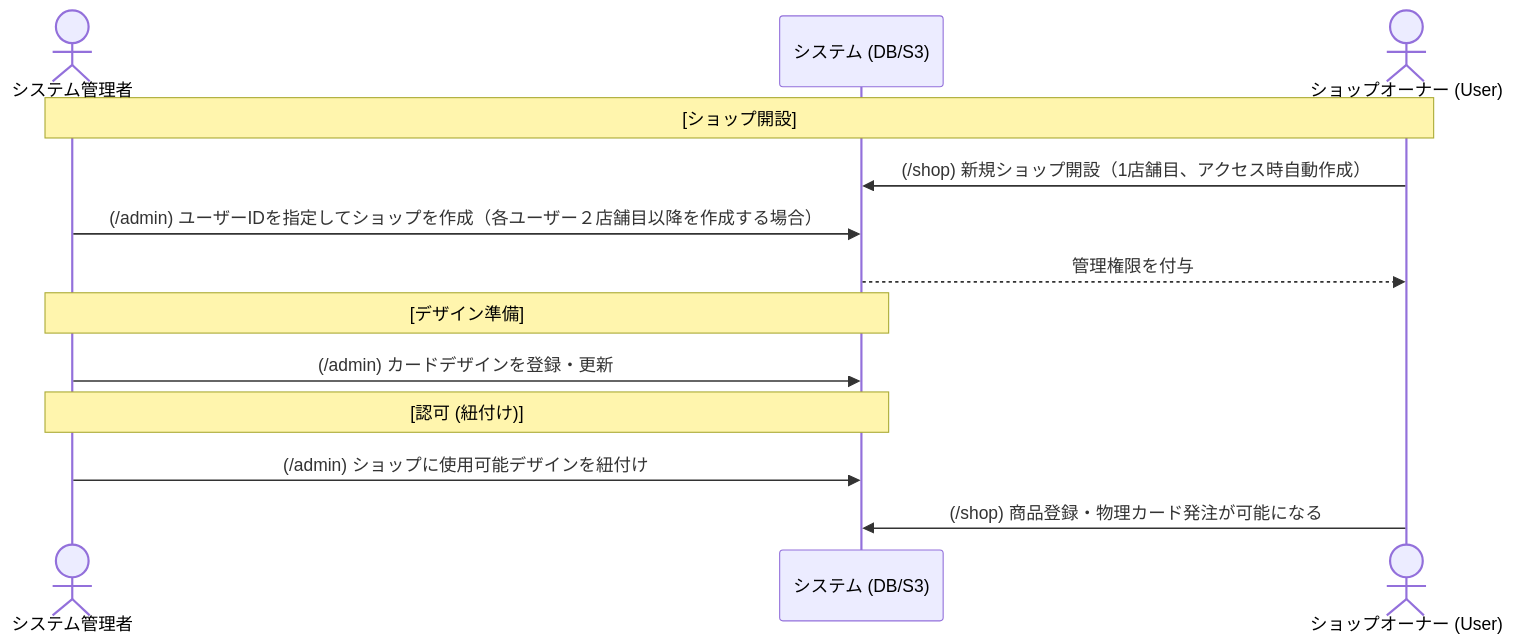
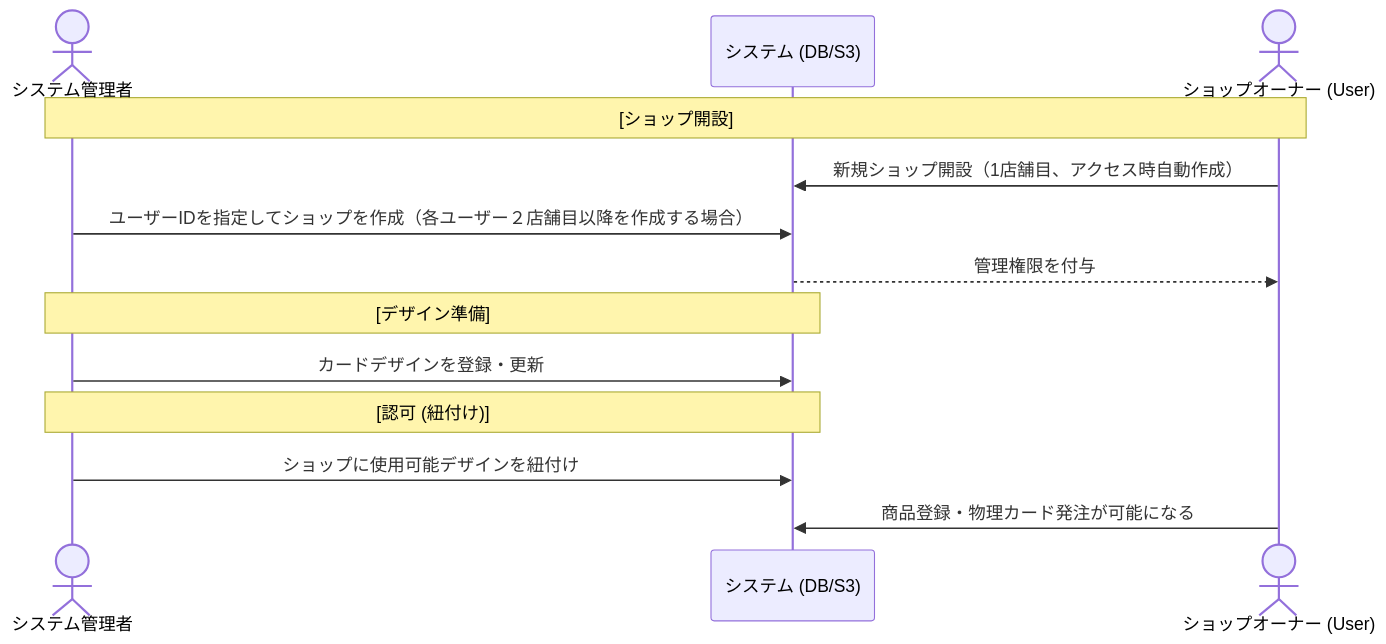
The second of 3 diagrams in frontend/content/admin-help/ja/flow/index.md (yudaiito9124-cyber/meishigawarini), drawn with Mermaid before and after one commit. The commit also changed other lines of this file and 103 other files, not shown here.

````diff
--- a/frontend/content/admin-help/ja/flow/index.md
+++ b/frontend/content/admin-help/ja/flow/index.md
@@ -44,18 +44,18 @@
 ```mermaid
 sequenceDiagram
     actor Admin as システム管理者
     participant Sys as システム (DB/S3)
     actor Owner as ショップオーナー (User)
 
     Note over Admin, Owner: [ショップ開設]
-    Owner->>Sys: (/shop) 新規ショップ開設（1店舗目、アクセス時自動作成）
-    Admin->>Sys: (/admin) ユーザーIDを指定してショップを作成（各ユーザー２店舗目以降を作成する場合）
+    Owner->>Sys: 新規ショップ開設（1店舗目、アクセス時自動作成）
+    Admin->>Sys: ユーザーIDを指定してショップを作成（各ユーザー２店舗目以降を作成する場合）
     Sys-->>Owner: 管理権限を付与
 
     Note over Admin, Sys: [デザイン準備]
-    Admin->>Sys: (/admin) カードデザインを登録・更新
+    Admin->>Sys: カードデザインを登録・更新
 
     Note over Admin, Sys: [認可 (紐付け)]
-    Admin->>Sys: (/admin) ショップに使用可能デザインを紐付け
-    Owner->>Sys: (/shop) 商品登録・物理カード発注が可能になる
+    Admin->>Sys: ショップに使用可能デザインを紐付け
+    Owner->>Sys: 商品登録・物理カード発注が可能になる
 ```
````
